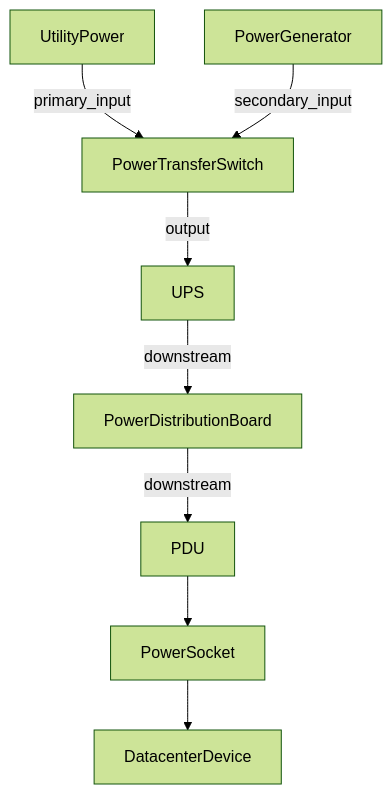
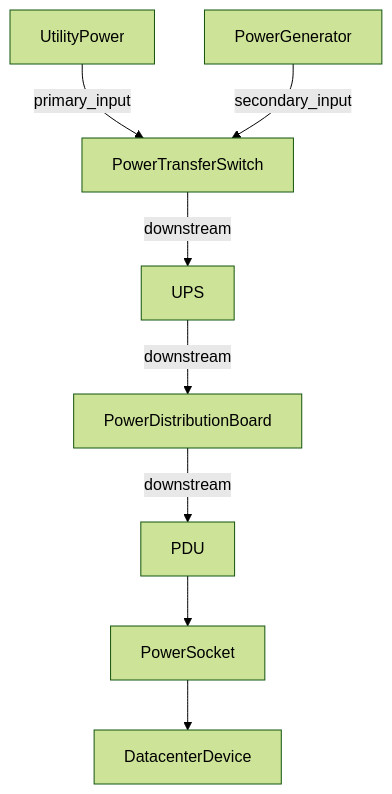
One commit to rudnerbjoern/iTop-br-power-infrastructure changed the diagram in README.md. Above: the diagram before and after it, drawn with Mermaid (forest theme). The commit also changed other lines of this file and 4 other files, not shown here.

````diff
--- a/README.md
+++ b/README.md
@@ -356,19 +368,19 @@
 ```mermaid
 graph TD
     UtilityPower[UtilityPower]
     Generator[PowerGenerator]
     TransferSwitch[PowerTransferSwitch]
     UPS[UPS]
     DistributionBoard[PowerDistributionBoard]
     PDU[PDU]
     Socket[PowerSocket]
     Device[DatacenterDevice]
 
     UtilityPower -->|primary_input| TransferSwitch
     Generator -->|secondary_input| TransferSwitch
-    TransferSwitch -->|output| UPS
+    TransferSwitch -->|downstream| UPS
     UPS -->|downstream| DistributionBoard
     DistributionBoard -->|downstream| PDU
     PDU --> Socket
     Socket --> Device
 ```
````
